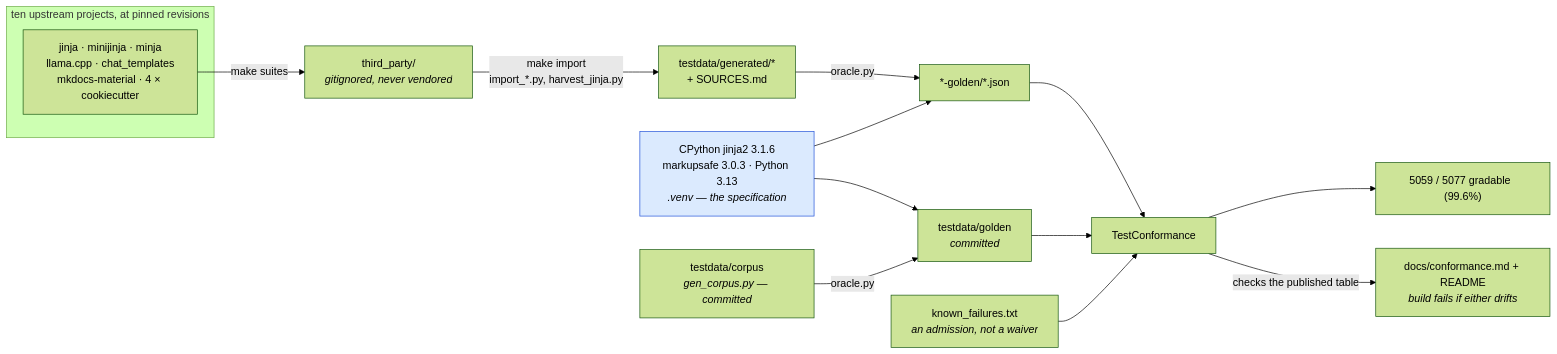
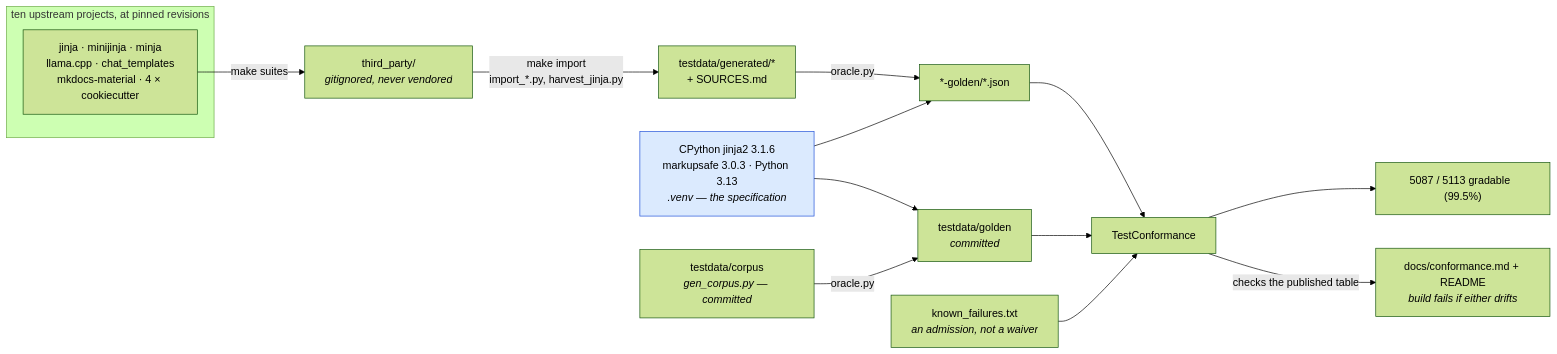
Before and after one commit to mgilbir/gojja2: the first of 2 diagrams in docs/conformance.md, drawn with Mermaid (forest theme). The commit also changed other lines of this file and 120 other files, not shown here.

````diff
--- a/docs/conformance.md
+++ b/docs/conformance.md
@@ -17,24 +17,24 @@
 ```mermaid
 flowchart LR
     subgraph up["ten upstream projects, at pinned revisions"]
         U1["jinja · minijinja · minja<br/>llama.cpp · chat_templates<br/>mkdocs-material · 4 × cookiecutter"]
     end
     U1 -->|"make suites"| TP["third_party/<br/><i>gitignored, never vendored</i>"]
     TP -->|"make import<br/>import_*.py, harvest_jinja.py"| GEN["testdata/generated/*<br/>+ SOURCES.md"]
 
     ORA["CPython jinja2 3.1.6<br/>markupsafe 3.0.3 · Python 3.13<br/><i>.venv — the specification</i>"]
     GEN -->|"oracle.py"| G2["*-golden/*.json"]
     ORA --> G2
 
     OWN["testdata/corpus<br/><i>gen_corpus.py — committed</i>"] -->|"oracle.py"| G1["testdata/golden<br/><i>committed</i>"]
     ORA --> G1
 
     G1 --> TC["TestConformance"]
     G2 --> TC
     KF["known_failures.txt<br/><i>an admission, not a waiver</i>"] --> TC
-    TC --> RATE["5059 / 5077 gradable  (99.6%)"]
+    TC --> RATE["5087 / 5113 gradable  (99.5%)"]
     TC -->|"checks the published table"| RM["docs/conformance.md + README<br/><i>build fails if either drifts</i>"]
 
     classDef spec fill:#dbeafe,stroke:#1d4ed8,color:#000
     class ORA spec
 ```
````
